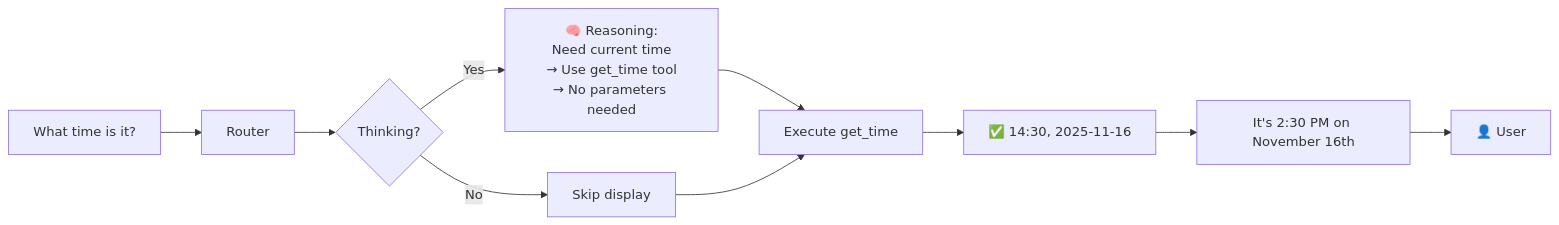
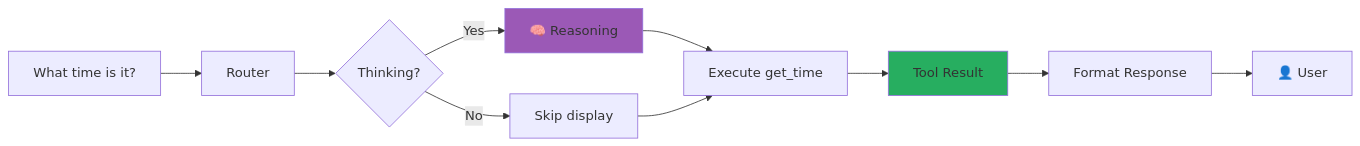
The eighth of 12 diagrams in docs/JARVIS_WORKFLOW.md (bigsk1/jarvis-voice), drawn with Mermaid before and after one commit. The commit also changed other lines of this file, not shown here.

Commit message:
remove <br from mermaid charts

````diff
--- a/docs/JARVIS_WORKFLOW.md
+++ b/docs/JARVIS_WORKFLOW.md
@@ -361,12 +386,15 @@
 ```mermaid
 graph LR
     Q["What time is it?"] --> R[Router]
     R --> T{Thinking?}
-    T -->|Yes| Think["🧠 Reasoning:<br/>Need current time<br/>→ Use get_time tool<br/>→ No parameters needed"]
+    T -->|Yes| Think[🧠 Reasoning]
     T -->|No| Skip[Skip display]
     Think --> E[Execute get_time]
     Skip --> E
-    E --> Result["✅ 14:30, 2025-11-16"]
-    Result --> Format["It's 2:30 PM on November 16th"]
+    E --> Result[Tool Result]
+    Result --> Format[Format Response]
     Format --> User[👤 User]
+    
+    style Think fill:#9b59b6
+    style Result fill:#27ae60
 ```
````
